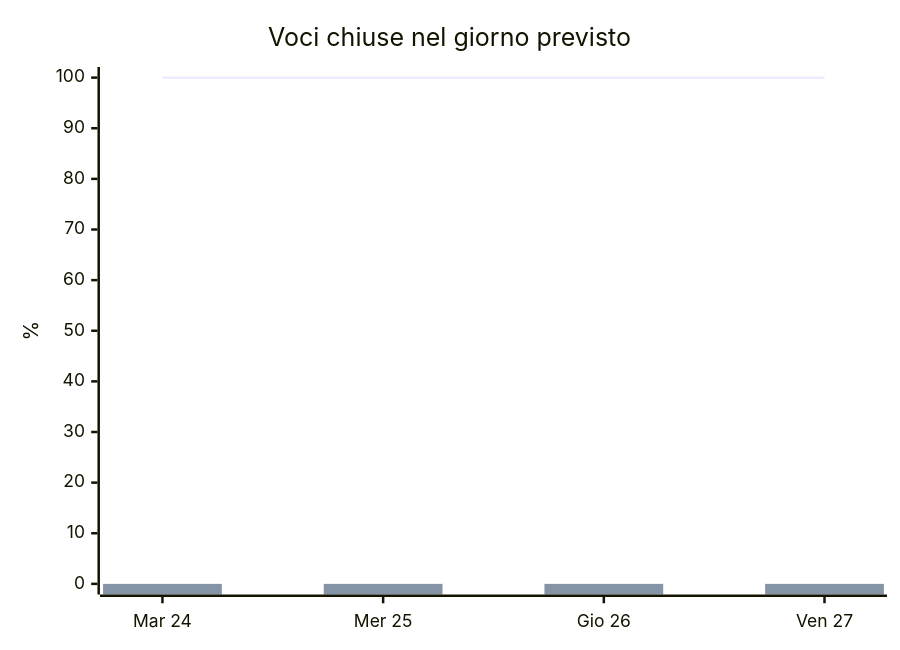
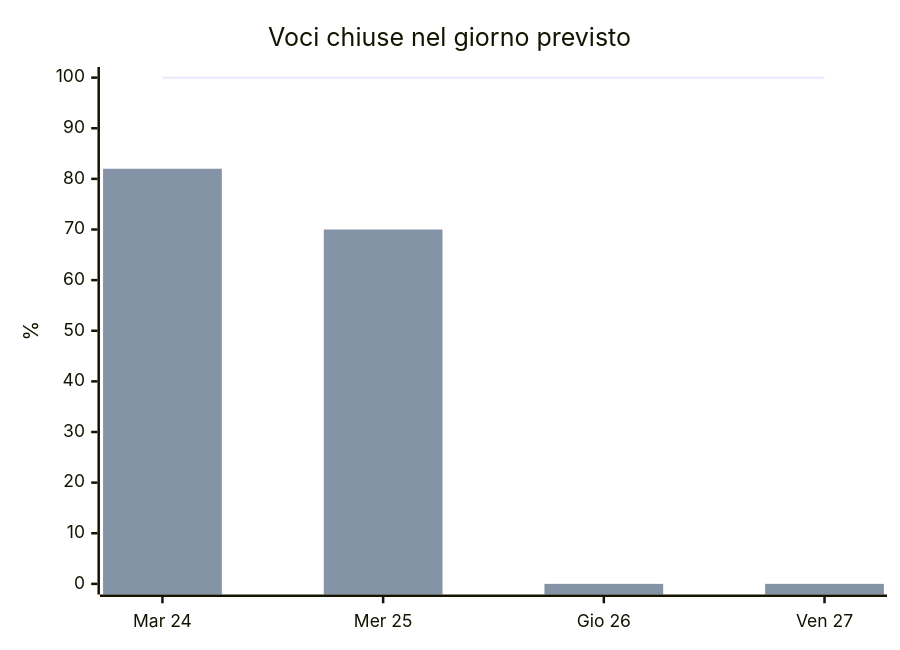
The third of 7 diagrams in docs/Controllo e monitoraggio.md (Ilbollit0/Team-3-progetto-buildweek-2), drawn with Mermaid before and after one commit. The commit also changed other lines of this file and 14 other files, not shown here.

````diff
--- a/docs/Controllo e monitoraggio.md
+++ b/docs/Controllo e monitoraggio.md
@@ -92,8 +101,8 @@
 ```mermaid
 xychart-beta
   title "Voci chiuse nel giorno previsto"
   x-axis ["Mar 24", "Mer 25", "Gio 26", "Ven 27"]
   y-axis "%" 0 --> 100
   line [100, 100, 100, 100]
-  bar [0, 0, 0, 0]
+  bar [82, 70, 0, 0]
 ```
````
